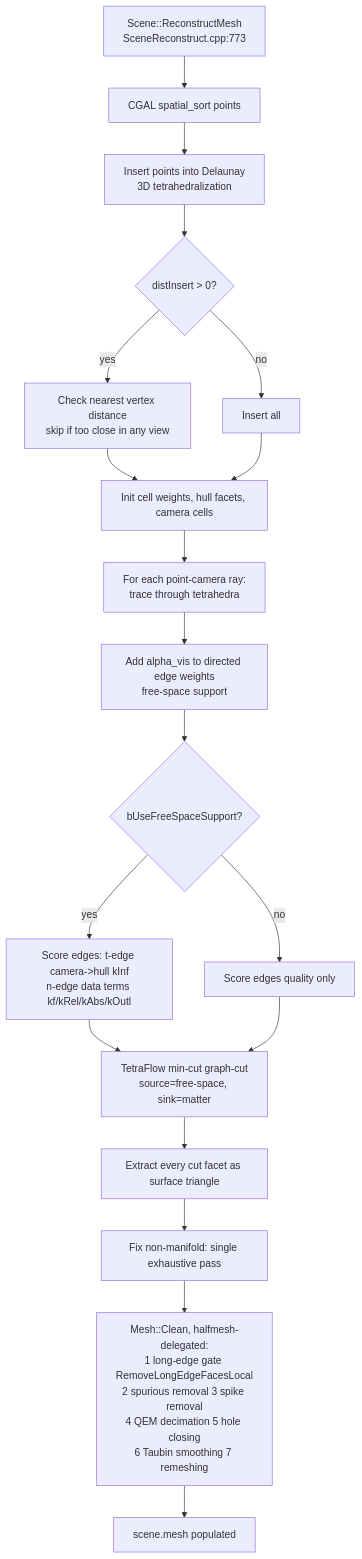
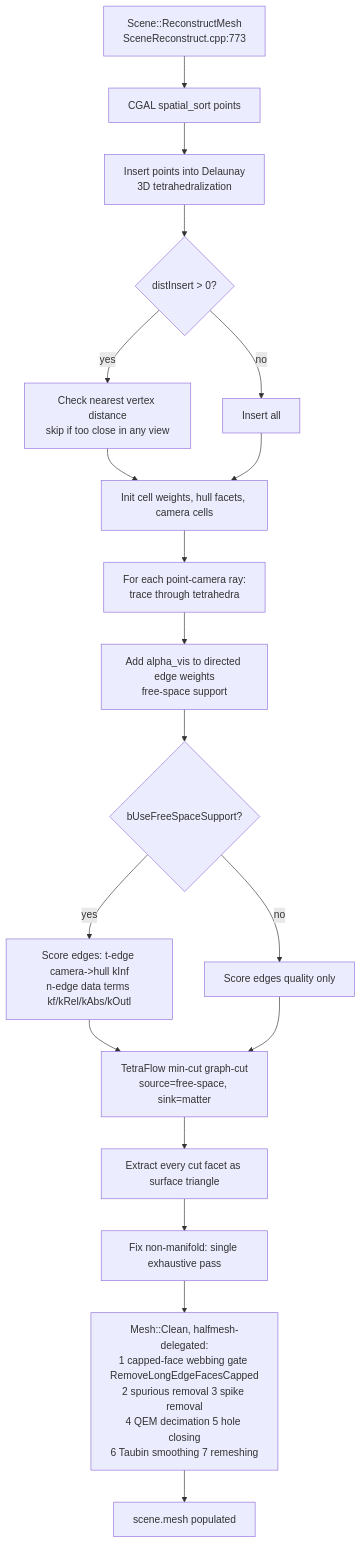
The seventh of 10 diagrams in docs/pipelines.md (cdcseacave/openMVS), drawn with Mermaid before and after one commit. The commit also changed other lines of this file and 7 other files, not shown here.

First line of the commit message:
mesh: replace the k-ring webbing gate with halfmesh's capped-face filter

````diff
--- a/docs/pipelines.md
+++ b/docs/pipelines.md
@@ -541,21 +541,21 @@
 ```mermaid
 graph TD
     A[Scene::ReconstructMesh<br/>SceneReconstruct.cpp:773] --> B[CGAL spatial_sort points]
     B --> C[Insert points into Delaunay<br/>3D tetrahedralization]
     C --> C1{distInsert > 0?}
     C1 -->|yes| C2[Check nearest vertex distance<br/>skip if too close in any view]
     C1 -->|no| C3[Insert all]
     C2 --> D
     C3 --> D[Init cell weights, hull facets, camera cells]
     D --> E[For each point-camera ray:<br/>trace through tetrahedra]
     E --> E1[Add alpha_vis to directed edge weights<br/>free-space support]
     E1 --> F{bUseFreeSpaceSupport?}
     F -->|yes| G[Score edges: t-edge camera->hull kInf<br/>n-edge data terms kf/kRel/kAbs/kOutl]
     F -->|no| H[Score edges quality only]
     G --> I[TetraFlow min-cut graph-cut<br/>source=free-space, sink=matter]
     H --> I
     I --> J[Extract every cut facet as surface triangle]
     J --> K[Fix non-manifold: single exhaustive pass]
-    K --> L[Mesh::Clean, halfmesh-delegated:<br/>1 long-edge gate RemoveLongEdgeFacesLocal<br/>2 spurious removal 3 spike removal<br/>4 QEM decimation 5 hole closing<br/>6 Taubin smoothing 7 remeshing]
+    K --> L[Mesh::Clean, halfmesh-delegated:<br/>1 capped-face webbing gate RemoveLongEdgeFacesCapped<br/>2 spurious removal 3 spike removal<br/>4 QEM decimation 5 hole closing<br/>6 Taubin smoothing 7 remeshing]
     L --> M[scene.mesh populated]
 ```
````
